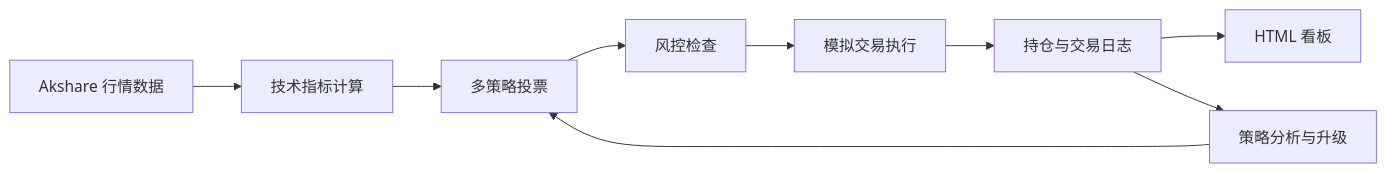
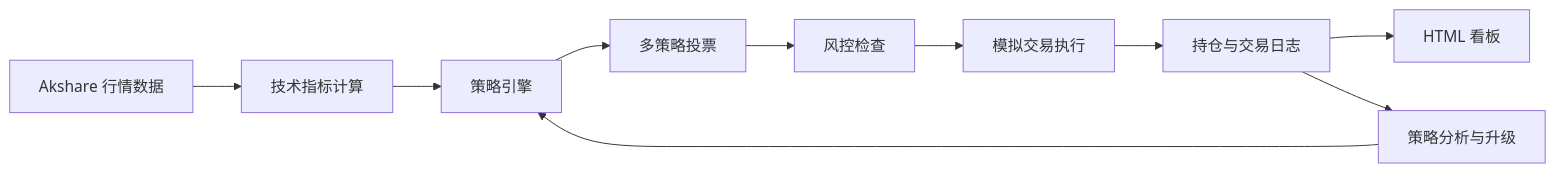
One commit to ma3203947426/AITradingSystem changed the diagram in README.md. Above: the diagram before and after it, drawn with Mermaid. The commit also changed other lines of this file, not shown here.

````diff
--- a/README.md
+++ b/README.md
@@ -26,11 +30,12 @@
 ```mermaid
 flowchart LR
   A[Akshare 行情数据] --> B[技术指标计算]
-  B --> C[多策略投票]
-  C --> D[风控检查]
-  D --> E[模拟交易执行]
-  E --> F[持仓与交易日志]
-  F --> G[HTML 看板]
-  F --> H[策略分析与升级]
-  H --> C
+  B --> C[策略引擎]
+  C --> D[多策略投票]
+  D --> E[风控检查]
+  E --> F[模拟交易执行]
+  F --> G[持仓与交易日志]
+  G --> H[HTML 看板]
+  G --> I[策略分析与升级]
+  I --> C
 ```
````
